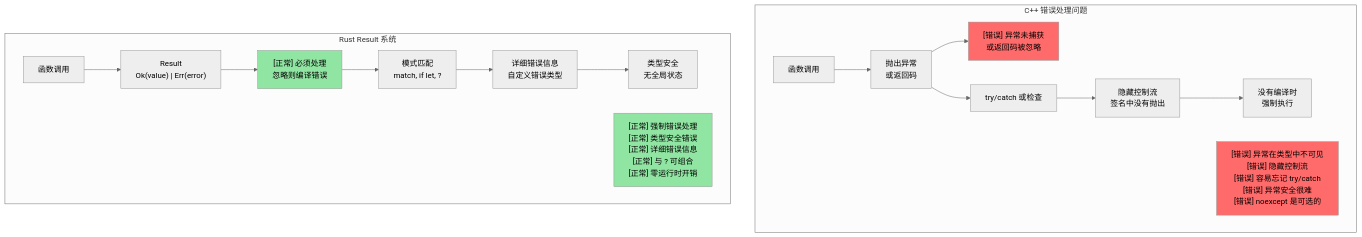
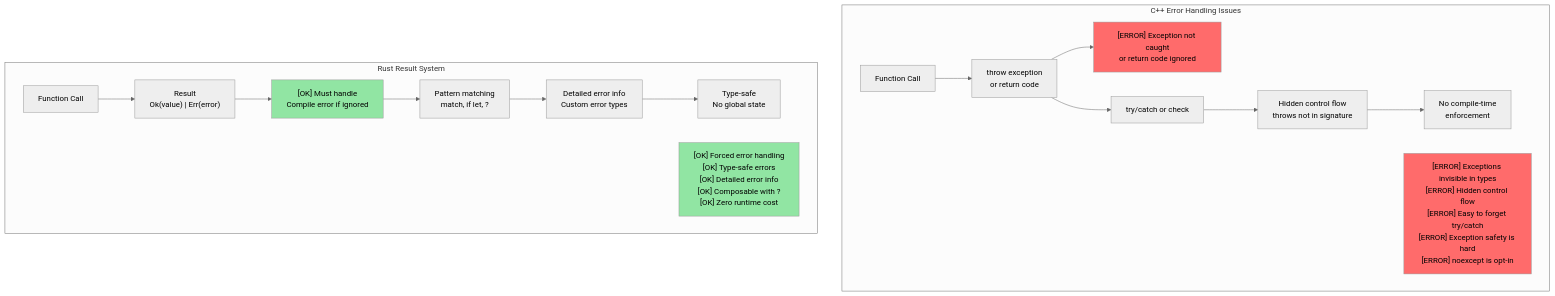
Before and after one commit to hex623/rust-training-zh: the first of 2 diagrams in src/ch09-error-handling.md, drawn with Mermaid (neutral theme). The commit also changed other lines of this file and 21 other files, not shown here.

````diff
--- a/src/ch09-error-handling.md
+++ b/src/ch09-error-handling.md
@@ -199,41 +199,41 @@
 ```mermaid
 graph TD
-    subgraph "C++ 错误处理问题"
-        CF["函数调用"]
-        CR["抛出异常<br/>或返回码"]
-        CIGNORE["[错误] 异常未捕获<br/>或返回码被忽略"]
-        CCHECK["try/catch 或检查"]
-        CERROR["隐藏控制流<br/>签名中没有抛出"]
-        CERRNO["没有编译时<br/>强制执行"]
+    subgraph "C++ Error Handling Issues"
+        CF["Function Call"]
+        CR["throw exception<br/>or return code"]
+        CIGNORE["[ERROR] Exception not caught<br/>or return code ignored"]
+        CCHECK["try/catch or check"]
+        CERROR["Hidden control flow<br/>throws not in signature"]
+        CERRNO["No compile-time<br/>enforcement"]
         
         CF --> CR
         CR --> CIGNORE
         CR --> CCHECK
         CCHECK --> CERROR
         CERROR --> CERRNO
         
-        CPROBLEMS["[错误] 异常在类型中不可见<br/>[错误] 隐藏控制流<br/>[错误] 容易忘记 try/catch<br/>[错误] 异常安全很难<br/>[错误] noexcept 是可选的"]
+        CPROBLEMS["[ERROR] Exceptions invisible in types<br/>[ERROR] Hidden control flow<br/>[ERROR] Easy to forget try/catch<br/>[ERROR] Exception safety is hard<br/>[ERROR] noexcept is opt-in"]
     end
     
-    subgraph "Rust Result<T, E> 系统"
-        RF["函数调用"]
+    subgraph "Rust Result<T, E> System"
+        RF["Function Call"]
         RR["Result<T, E><br/>Ok(value) | Err(error)"]
-        RMUST["[正常] 必须处理<br/>忽略则编译错误"]
-        RMATCH["模式匹配<br/>match, if let, ?"]
-        RDETAIL["详细错误信息<br/>自定义错误类型"]
-        RSAFE["类型安全<br/>无全局状态"]
+        RMUST["[OK] Must handle<br/>Compile error if ignored"]
+        RMATCH["Pattern matching<br/>match, if let, ?"]
+        RDETAIL["Detailed error info<br/>Custom error types"]
+        RSAFE["Type-safe<br/>No global state"]
         
         RF --> RR
         RR --> RMUST
         RMUST --> RMATCH
         RMATCH --> RDETAIL
         RDETAIL --> RSAFE
         
-        RBENEFITS["[正常] 强制错误处理<br/>[正常] 类型安全错误<br/>[正常] 详细错误信息<br/>[正常] 与 ? 可组合<br/>[正常] 零运行时开销"]
+        RBENEFITS["[OK] Forced error handling<br/>[OK] Type-safe errors<br/>[OK] Detailed error info<br/>[OK] Composable with ?<br/>[OK] Zero runtime cost"]
     end
     
     style CPROBLEMS fill:#ff6b6b,color:#000
     style RBENEFITS fill:#91e5a3,color:#000
     style CIGNORE fill:#ff6b6b,color:#000
     style RMUST fill:#91e5a3,color:#000
 ```
````
